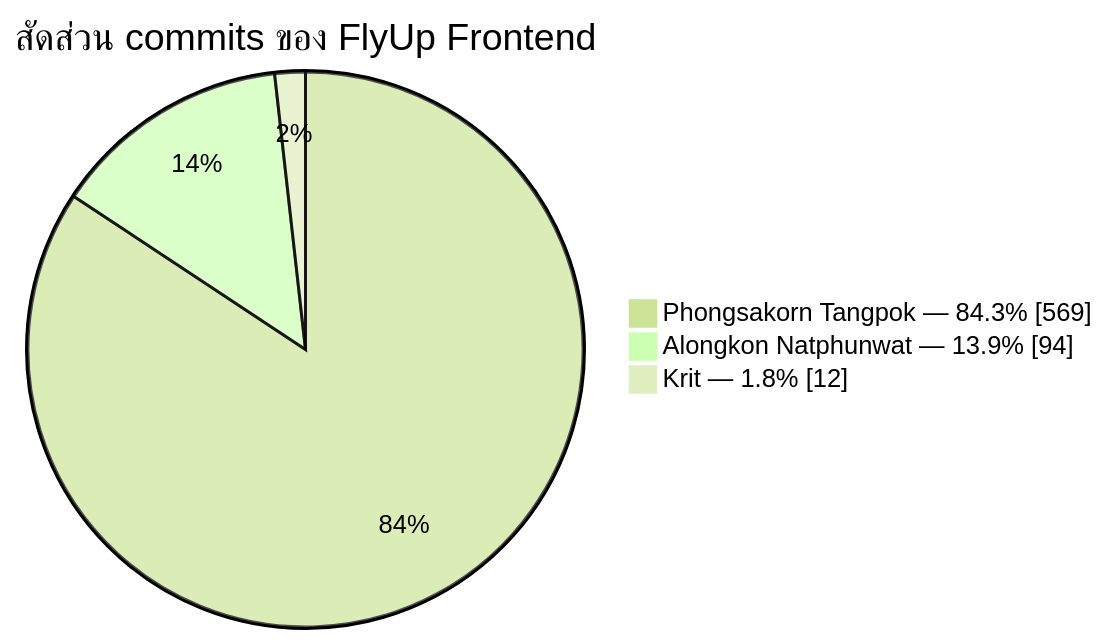
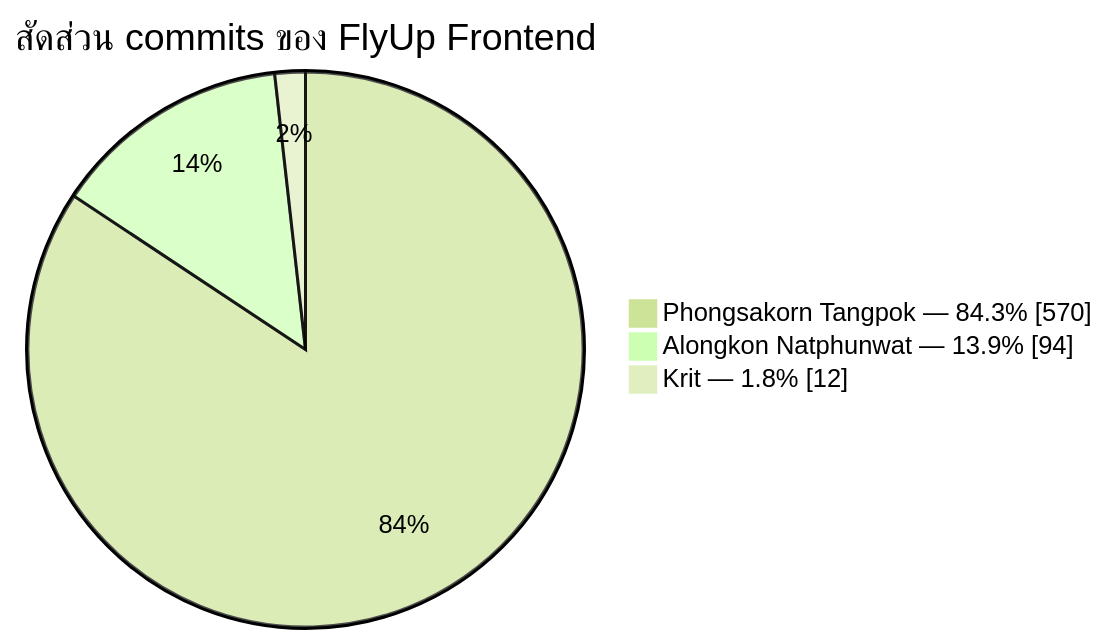
Before and after one commit to 3oomm/flyup: the second of 2 diagrams in README.md, drawn with Mermaid (forest theme). The commit also changed other lines of this file, not shown here.

````diff
--- a/README.md
+++ b/README.md
@@ -212,7 +212,7 @@
 ```mermaid
 pie showData
     title สัดส่วน commits ของ FlyUp Frontend
-    "Phongsakorn Tangpok — 84.3%" : 569
+    "Phongsakorn Tangpok — 84.3%" : 570
     "Alongkon Natphunwat — 13.9%" : 94
     "Krit — 1.8%" : 12
 ```
````
